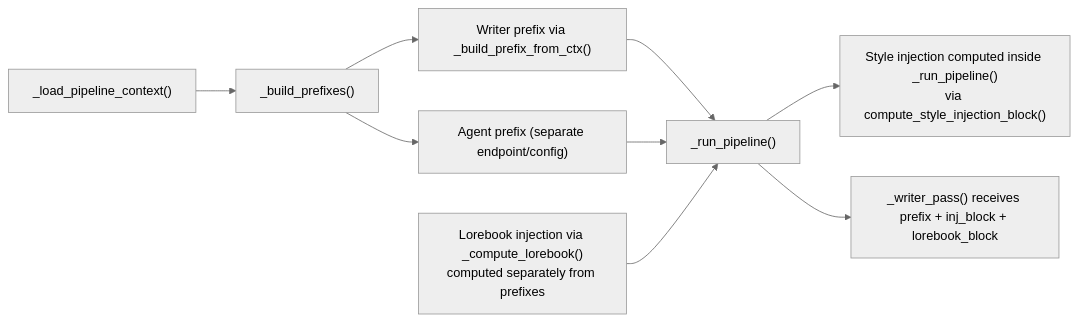
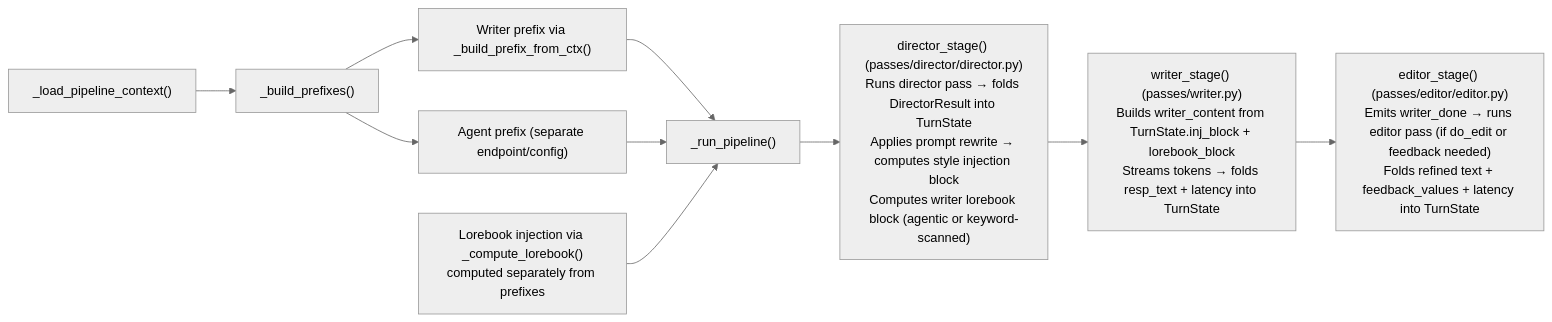
The second of 4 diagrams in AGENTS.md (OrbFrontend/Orb), drawn with Mermaid (neutral theme) before and after one commit. The commit also changed other lines of this file, not shown here.

````diff
--- a/AGENTS.md
+++ b/AGENTS.md
@@ -42,12 +42,13 @@
 ```mermaid
 flowchart LR
     load["_load_pipeline_context()"] --> prefixes["_build_prefixes()"]
     prefixes --> writer_prefix["Writer prefix via _build_prefix_from_ctx()"]
     prefixes --> agent_prefix["Agent prefix (separate endpoint/config)"]
     lorebook["Lorebook injection via _compute_lorebook()<br/>computed separately from prefixes"]
     writer_prefix --> pipeline["_run_pipeline()"]
     agent_prefix --> pipeline
     lorebook --> pipeline
-    pipeline --> style_inj["Style injection computed inside _run_pipeline()<br/>via compute_style_injection_block()"]
-    pipeline --> writer["_writer_pass() receives prefix + inj_block + lorebook_block"]
+    pipeline --> dir_stage["director_stage() (passes/director/director.py)<br/>Runs director pass → folds DirectorResult into TurnState<br/>Applies prompt rewrite → computes style injection block<br/>Computes writer lorebook block (agentic or keyword-scanned)"]
+    dir_stage --> writer_stage["writer_stage() (passes/writer.py)<br/>Builds writer_content from TurnState.inj_block + lorebook_block<br/>Streams tokens → folds resp_text + latency into TurnState"]
+    writer_stage --> editor_stage["editor_stage() (passes/editor/editor.py)<br/>Emits writer_done → runs editor pass (if do_edit or feedback needed)<br/>Folds refined text + feedback_values + latency into TurnState"]
 ```
````
